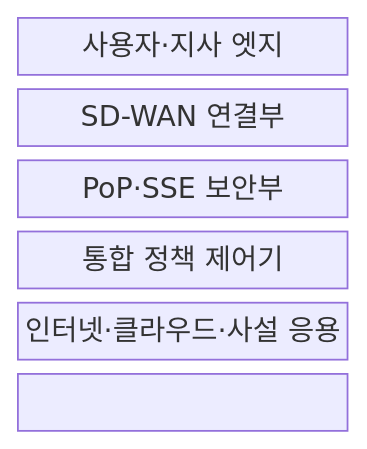
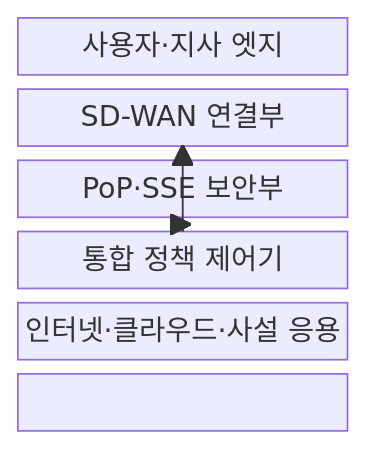
One commit to agnusdei1207/knowledge-base changed the first of 2 diagrams in src/content/docs/notes/04-network/090_sase.md. Above: the diagram before and after it, drawn with Mermaid. The commit also changed other lines of this file and 20 other files, not shown here.

````diff
--- a/src/content/docs/notes/04-network/090_sase.md
+++ b/src/content/docs/notes/04-network/090_sase.md
@@ -52,11 +58,12 @@
 ```mermaid
 block-beta
     columns 1
     EDGE["사용자·지사 엣지"]
     SDWAN["SD-WAN 연결부"]
     POP["PoP·SSE 보안부"]
     POLICY["통합 정책 제어기"]
     APP["인터넷·클라우드·사설 응용"]
-    EDGE --- SDWAN --- POP
-    POP --- POLICY --- APP
+    EDGE --> SDWAN --> POP --> APP
+    POLICY --> SDWAN
+    POLICY --> POP
 ```
````
